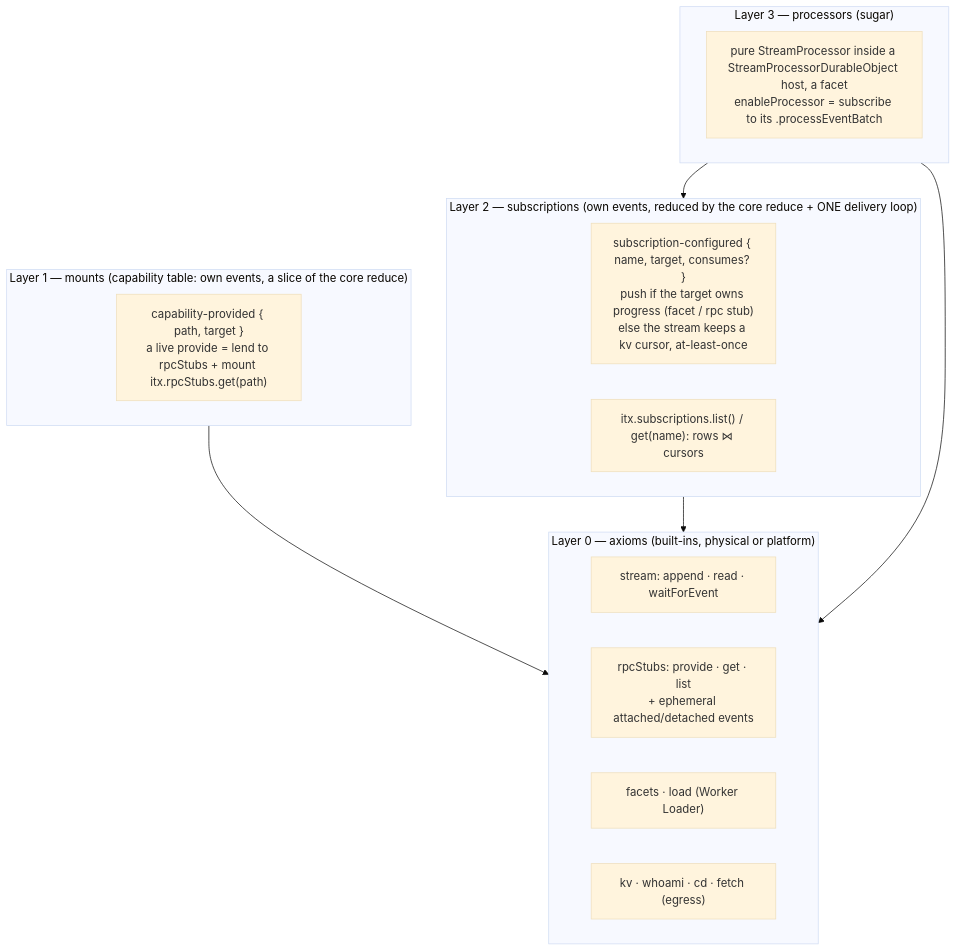
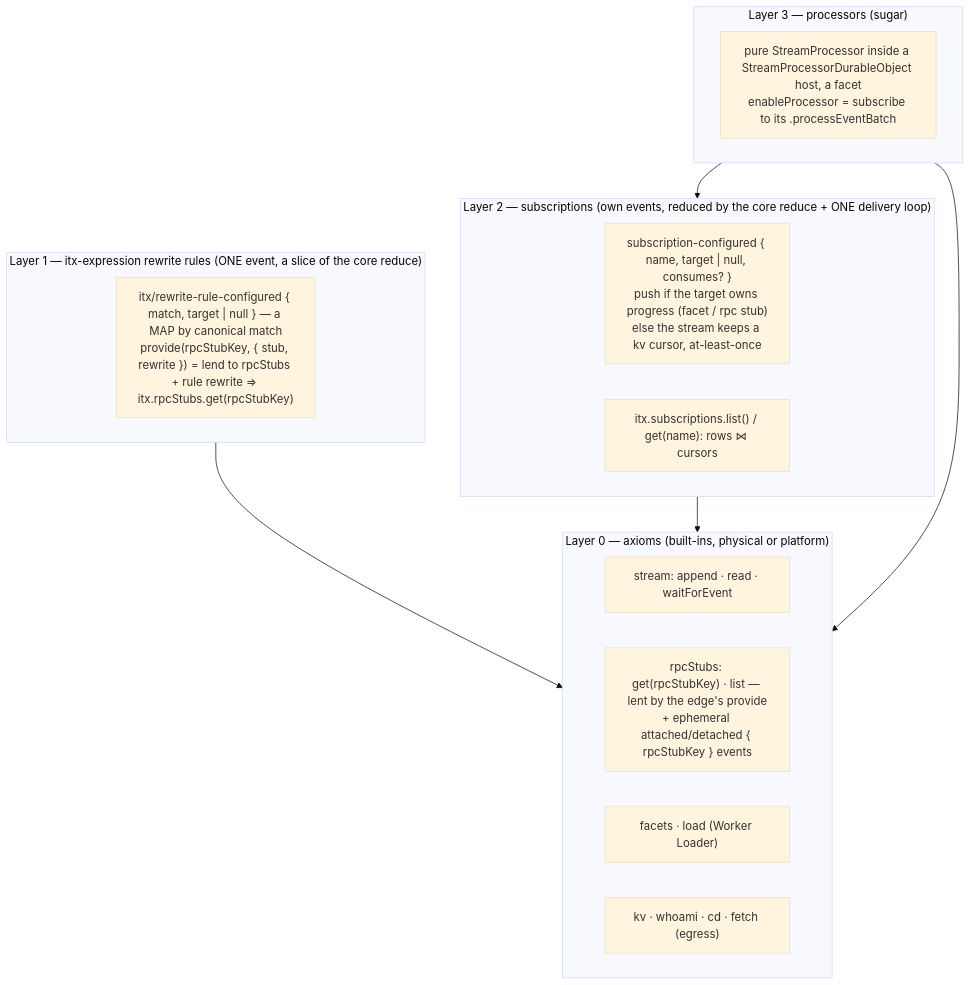
One commit to iterate/iterate changed the diagram in packages/v3/project-worker/docs/design-onion-subscriptions-processors.md. Above: the diagram before and after it, drawn with Mermaid (base theme). The commit also changed other lines of this file and 11 other files, not shown here.

````diff
--- a/packages/v3/project-worker/docs/design-onion-subscriptions-processors.md
+++ b/packages/v3/project-worker/docs/design-onion-subscriptions-processors.md
@@ -37,23 +43,23 @@
 ```mermaid
 flowchart TB
   subgraph L0["Layer 0 — axioms (built-ins, physical or platform)"]
     stream["stream: append · read · waitForEvent"]
-    stubs["rpcStubs: provide · get · list<br/>+ ephemeral attached/detached events"]
+    stubs["rpcStubs: get(rpcStubKey) · list — lent by the edge's provide<br/>+ ephemeral attached/detached { rpcStubKey } events"]
     facets["facets · load (Worker Loader)"]
     misc["kv · whoami · cd · fetch (egress)"]
   end
-  subgraph L1["Layer 1 — mounts (capability table: own events, a slice of the core reduce)"]
-    mount["capability-provided { path, target }<br/>a live provide = lend to rpcStubs + mount itx.rpcStubs.get(path)"]
+  subgraph L1["Layer 1 — itx-expression rewrite rules (ONE event, a slice of the core reduce)"]
+    rule["itx/rewrite-rule-configured { match, target | null } — a MAP by canonical match<br/>provide(rpcStubKey, { stub, rewrite }) = lend to rpcStubs + rule rewrite ⇒ itx.rpcStubs.get(rpcStubKey)"]
   end
   subgraph L2["Layer 2 — subscriptions (own events, reduced by the core reduce + ONE delivery loop)"]
-    sub["subscription-configured { name, target, consumes? }<br/>push if the target owns progress (facet / rpc stub)<br/>else the stream keeps a kv cursor, at-least-once"]
+    sub["subscription-configured { name, target | null, consumes? }<br/>push if the target owns progress (facet / rpc stub)<br/>else the stream keeps a kv cursor, at-least-once"]
     view["itx.subscriptions.list() / get(name): rows ⋈ cursors"]
   end
   subgraph L3["Layer 3 — processors (sugar)"]
     proc["pure StreamProcessor inside a StreamProcessorDurableObject host, a facet<br/>enableProcessor = subscribe to its .processEventBatch"]
   end
   L1 --> L0
   L2 --> L0
   L3 --> L2
   L3 --> L0
 ```
````
